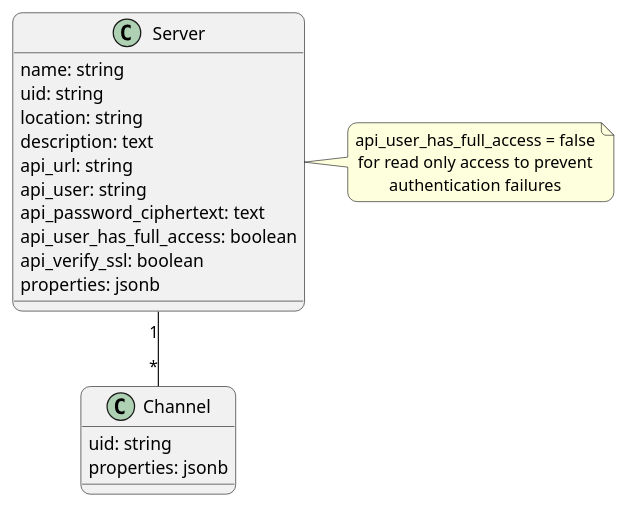
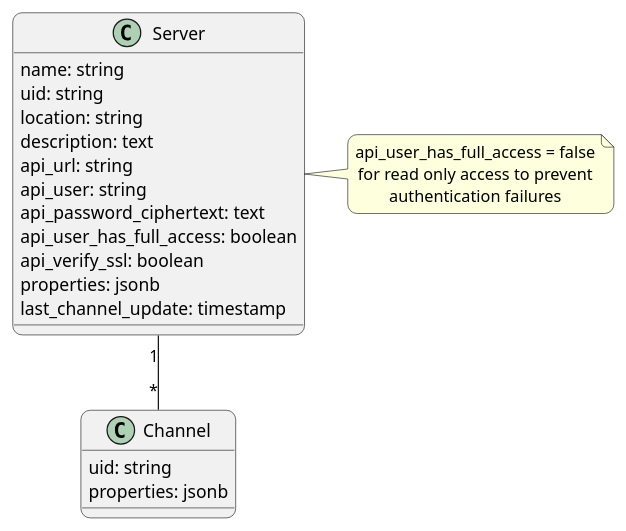
Before and after one commit to swobspace/mirco: the diagram in doc/dev-notes/models.puml, drawn with PlantUML. The commit also changed 6 other files, not shown here.

Commit message:
server#last_channel_update to identify old channels

```diff
--- a/doc/dev-notes/models.puml
+++ b/doc/dev-notes/models.puml
@@ -1,30 +1,31 @@
 @startuml
 top to bottom direction
 skinparam defaultTextAlignment center
 skinparam roundCorner 15
 
 class Server  {
   name: string
   uid: string
   location: string
   description: text
   api_url: string
   api_user: string
   api_password_ciphertext: text
   api_user_has_full_access: boolean
   api_verify_ssl: boolean
   properties: jsonb
+  last_channel_update: timestamp
 }
 note right of Server
   api_user_has_full_access = false
   for read only access to prevent
   authentication failures
 end note
 
 class Channel {
   uid: string
   properties: jsonb
 }
 
 Server "1" -- "*" Channel
 @enduml
```
